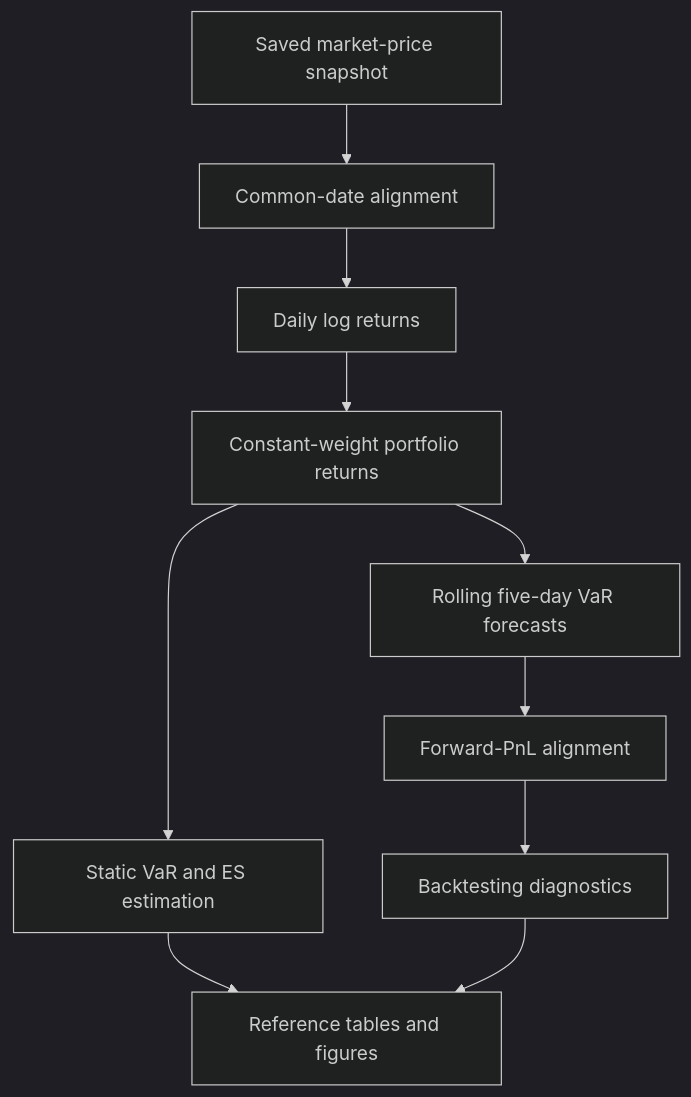
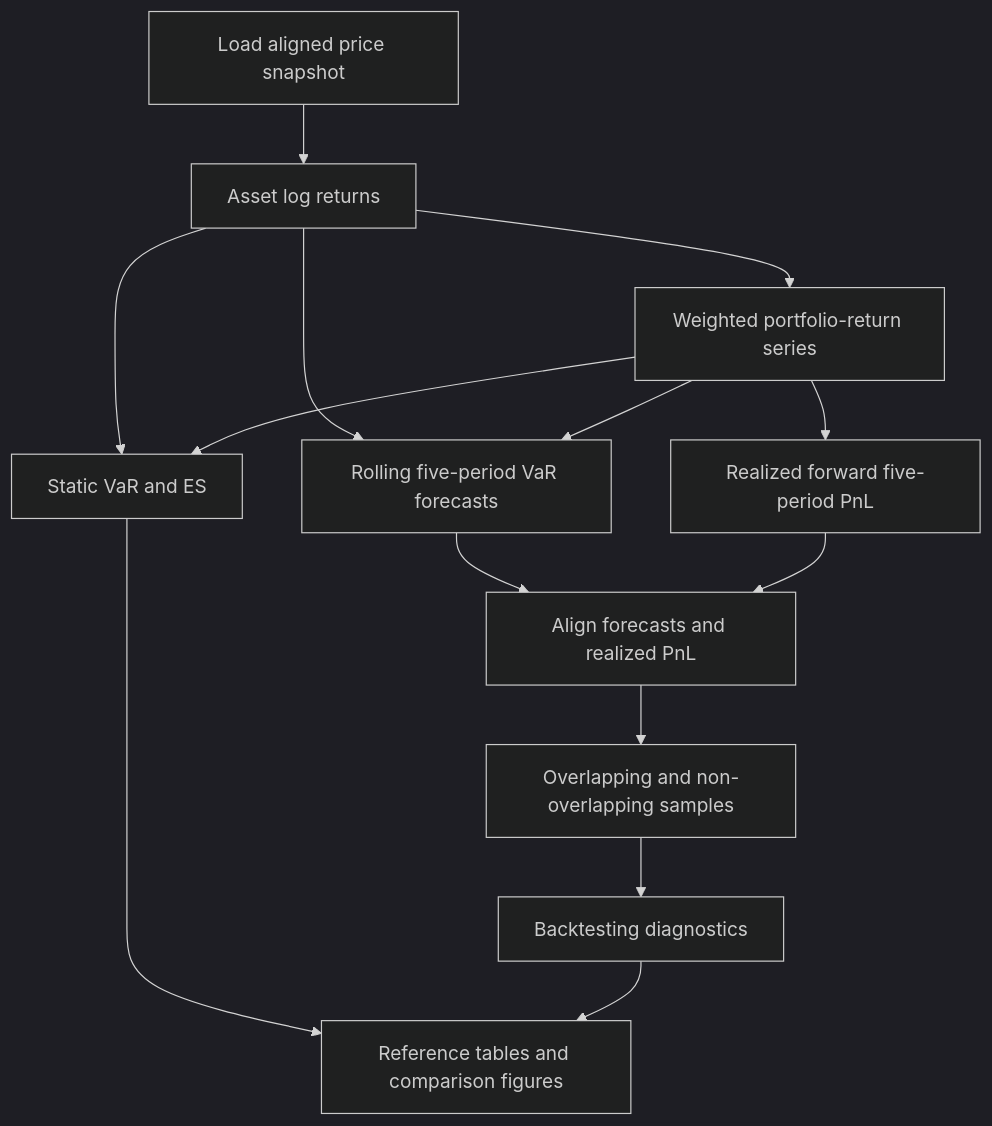
One commit to ByCraftsman/market-risk-validation-framework changed the diagram in README.md. Above: the diagram before and after it, drawn with Mermaid (dark theme). The commit also changed other lines of this file, not shown here.

````diff
--- a/README.md
+++ b/README.md
@@ -99,12 +100,21 @@
 ```mermaid
 flowchart TD
-    A["Saved market-price snapshot"] --> B["Common-date alignment"]
-    B --> C["Daily log returns"]
-    C --> D["Constant-weight portfolio returns"]
-    D --> E["Static VaR and ES estimation"]
-    D --> F["Rolling five-day VaR forecasts"]
-    F --> G["Forward-PnL alignment"]
-    G --> H["Backtesting diagnostics"]
-    E --> I["Reference tables and figures"]
-    H --> I
+    A["Load aligned price snapshot"] --> B["Asset log returns"]
+    B --> C["Weighted portfolio-return series"]
+
+    B --> D["Static VaR and ES"]
+    C --> D
+
+    B --> E["Rolling five-period VaR forecasts"]
+    C --> E
+    C --> F["Realized forward five-period PnL"]
+
+    E --> G["Align forecasts and realized PnL"]
+    F --> G
+
+    G --> H["Overlapping and non-overlapping samples"]
+    H --> I["Backtesting diagnostics"]
+
+    D --> J["Reference tables and comparison figures"]
+    I --> J
 ```
````
